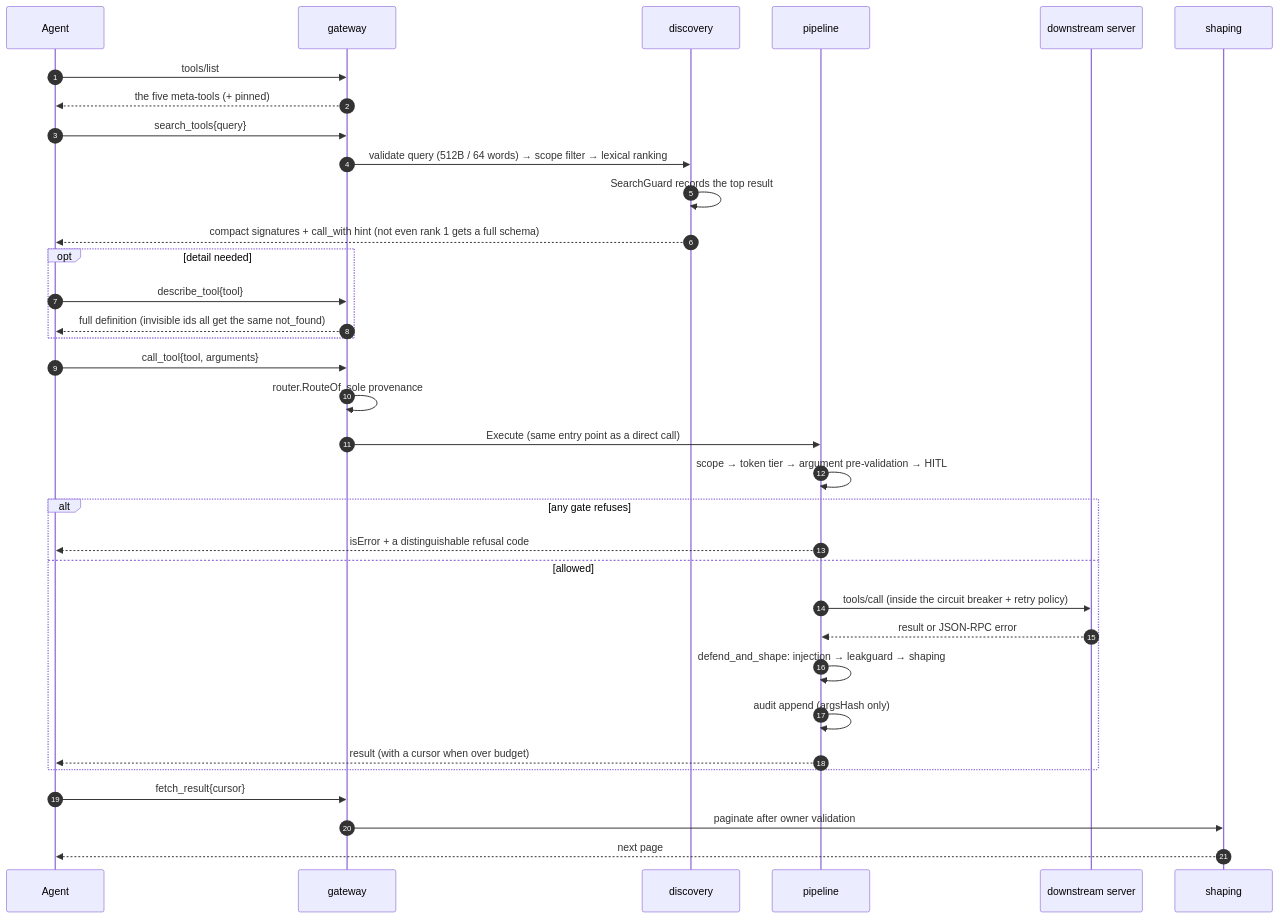
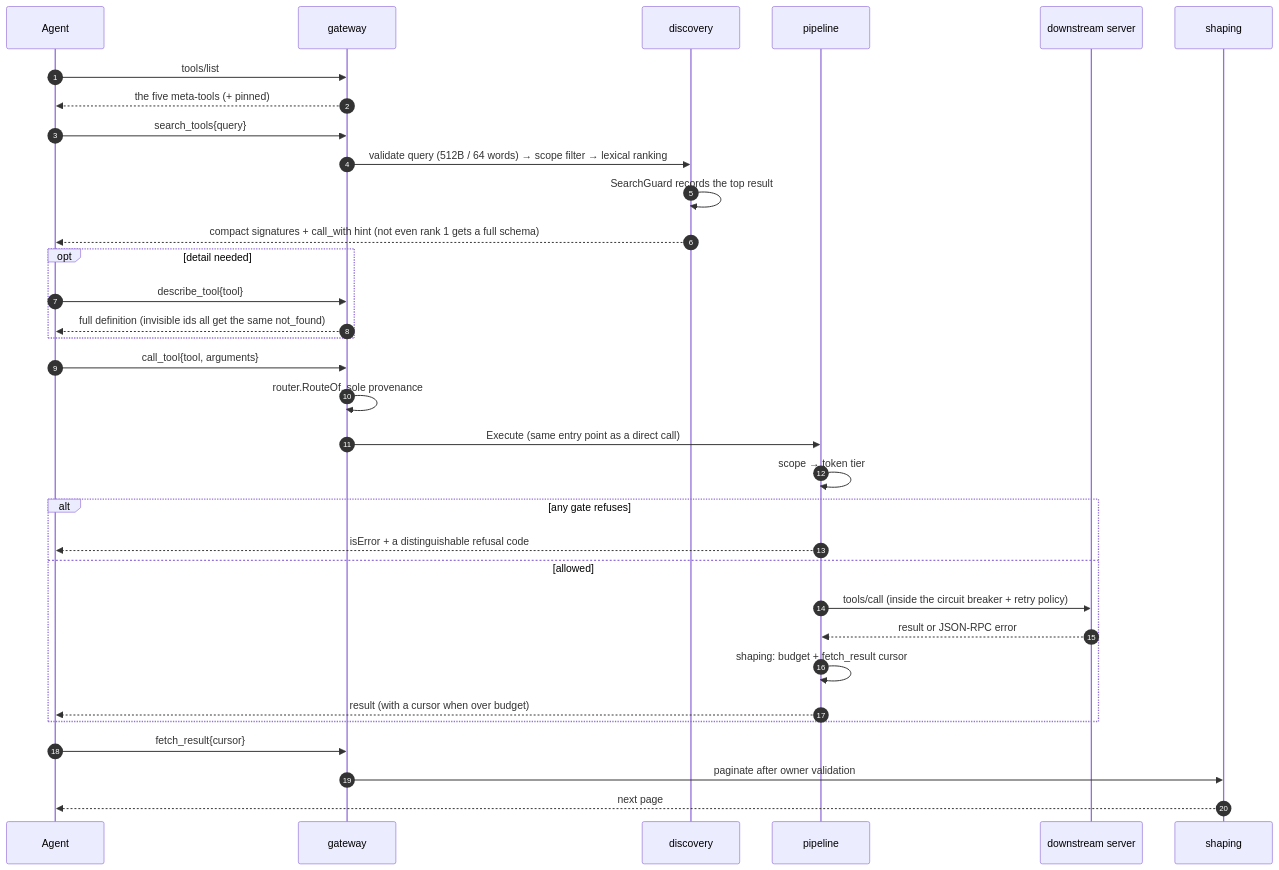
Before and after one commit to dinstein/agent-hub: the second of 6 diagrams in docs/flows.md, drawn with Mermaid. The commit also changed other lines of this file and 16 other files, not shown here.

First line of the commit message:
docs: security, flows and canonical; retire the rulings that no longer rule

````diff
--- a/docs/flows.md
+++ b/docs/flows.md
@@ -72,37 +71,36 @@
 ```mermaid
 sequenceDiagram
     autonumber
     participant A as Agent
     participant G as gateway
     participant DI as discovery
     participant P as pipeline
     participant DS as downstream server
     participant SH as shaping
 
     A->>G: tools/list
     G-->>A: the five meta-tools (+ pinned)
     A->>G: search_tools{query}
     G->>DI: validate query (512B / 64 words) → scope filter → lexical ranking
     DI->>DI: SearchGuard records the top result
     DI-->>A: compact signatures + call_with hint (not even rank 1 gets a full schema)
     opt detail needed
         A->>G: describe_tool{tool}
         G-->>A: full definition (invisible ids all get the same not_found)
     end
     A->>G: call_tool{tool, arguments}
     G->>G: router.RouteOf, sole provenance
     G->>P: Execute (same entry point as a direct call)
-    P->>P: scope → token tier → argument pre-validation → HITL
+    P->>P: scope → token tier
     alt any gate refuses
         P-->>A: isError + a distinguishable refusal code
     else allowed
         P->>DS: tools/call (inside the circuit breaker + retry policy)
         DS-->>P: result or JSON-RPC error
-        P->>P: defend_and_shape: injection → leakguard → shaping
-        P->>P: audit append (argsHash only)
+        P->>P: shaping: budget + fetch_result cursor
         P-->>A: result (with a cursor when over budget)
     end
     A->>G: fetch_result{cursor}
     G->>SH: paginate after owner validation
     SH-->>A: next page
 ```
````
